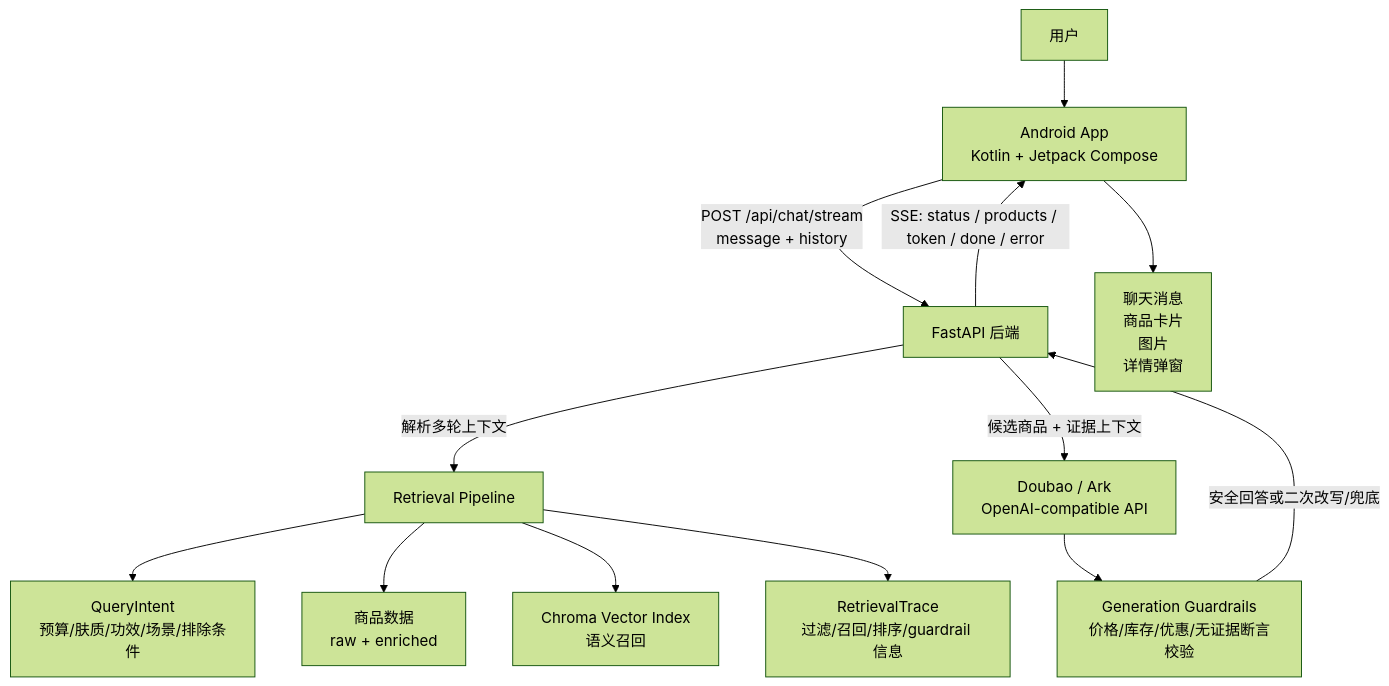
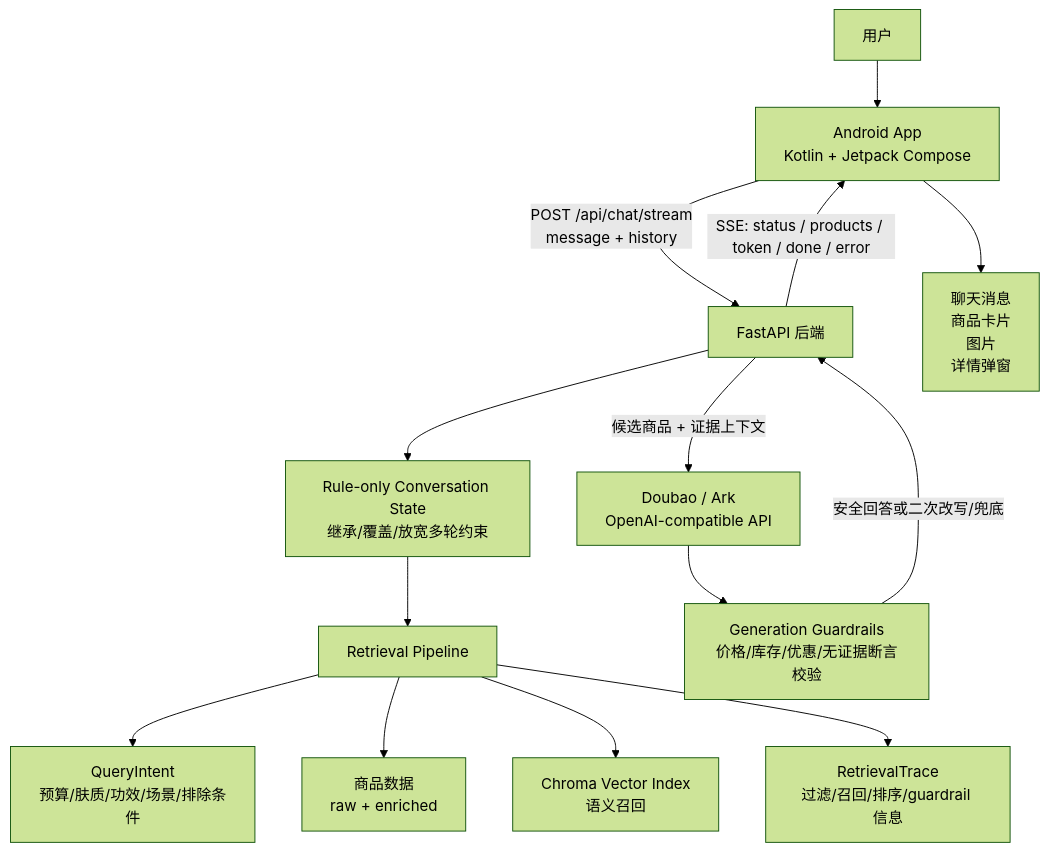
The first of 2 diagrams in docs/10_architecture.md (saki-37/bytedance-rag-shopping-agent), drawn with Mermaid (forest theme) before and after one commit. The commit also changed other lines of this file and 12 other files, not shown here.

Commit message:
Add rule-only conversation state merge

````diff
--- a/docs/10_architecture.md
+++ b/docs/10_architecture.md
@@ -15,15 +17,16 @@
 ```mermaid
 flowchart TD
     U["用户"] --> A["Android App<br/>Kotlin + Jetpack Compose"]
     A -->|"POST /api/chat/stream<br/>message + history"| API["FastAPI 后端"]
-    API -->|"解析多轮上下文"| R["Retrieval Pipeline"]
+    API --> CS["Rule-only Conversation State<br/>继承/覆盖/放宽多轮约束"]
+    CS --> R["Retrieval Pipeline"]
     R --> Q["QueryIntent<br/>预算/肤质/功效/场景/排除条件"]
     R --> D["商品数据<br/>raw + enriched"]
     R --> V["Chroma Vector Index<br/>语义召回"]
     R --> T["RetrievalTrace<br/>过滤/召回/排序/guardrail 信息"]
     API -->|"候选商品 + 证据上下文"| L["Doubao / Ark<br/>OpenAI-compatible API"]
     L --> G["Generation Guardrails<br/>价格/库存/优惠/无证据断言校验"]
     G -->|"安全回答或二次改写/兜底"| API
     API -->|"SSE: status / products / token / done / error"| A
     A --> C["聊天消息<br/>商品卡片<br/>图片<br/>详情弹窗"]
 ```
````
